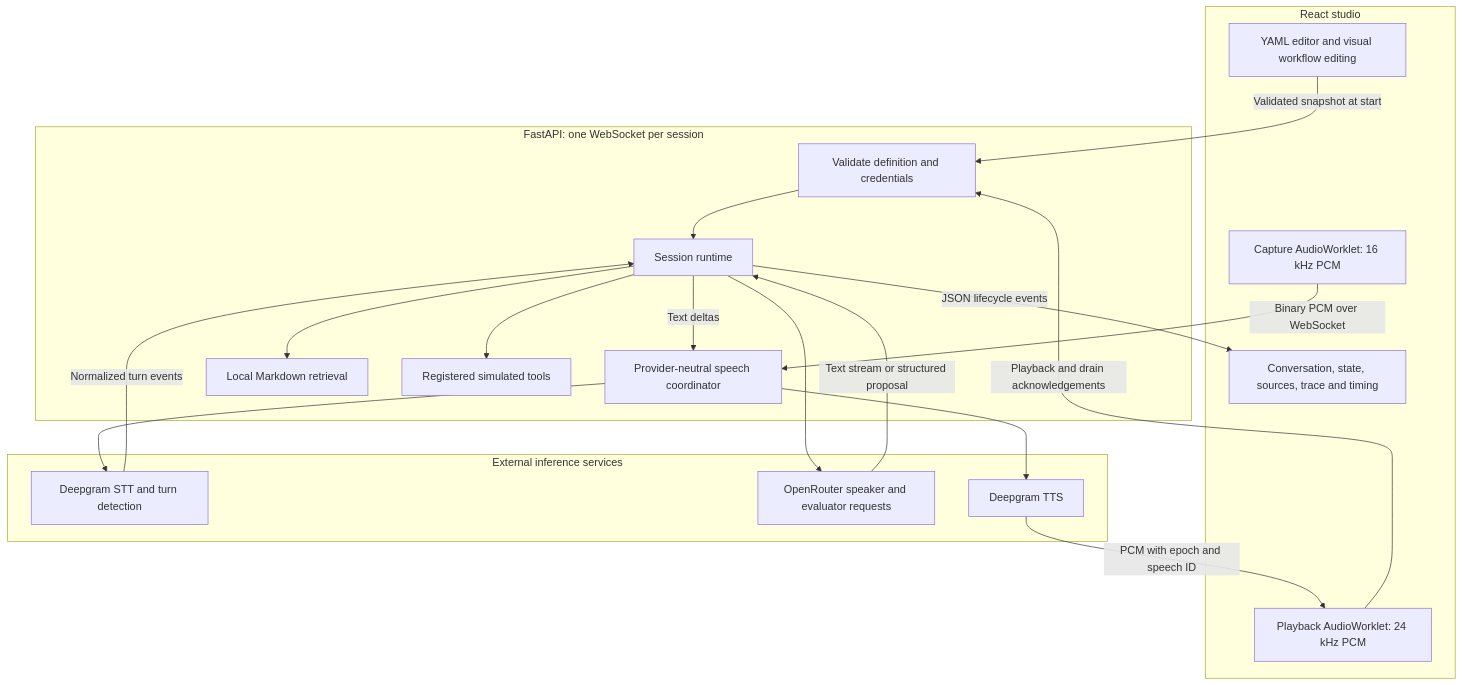
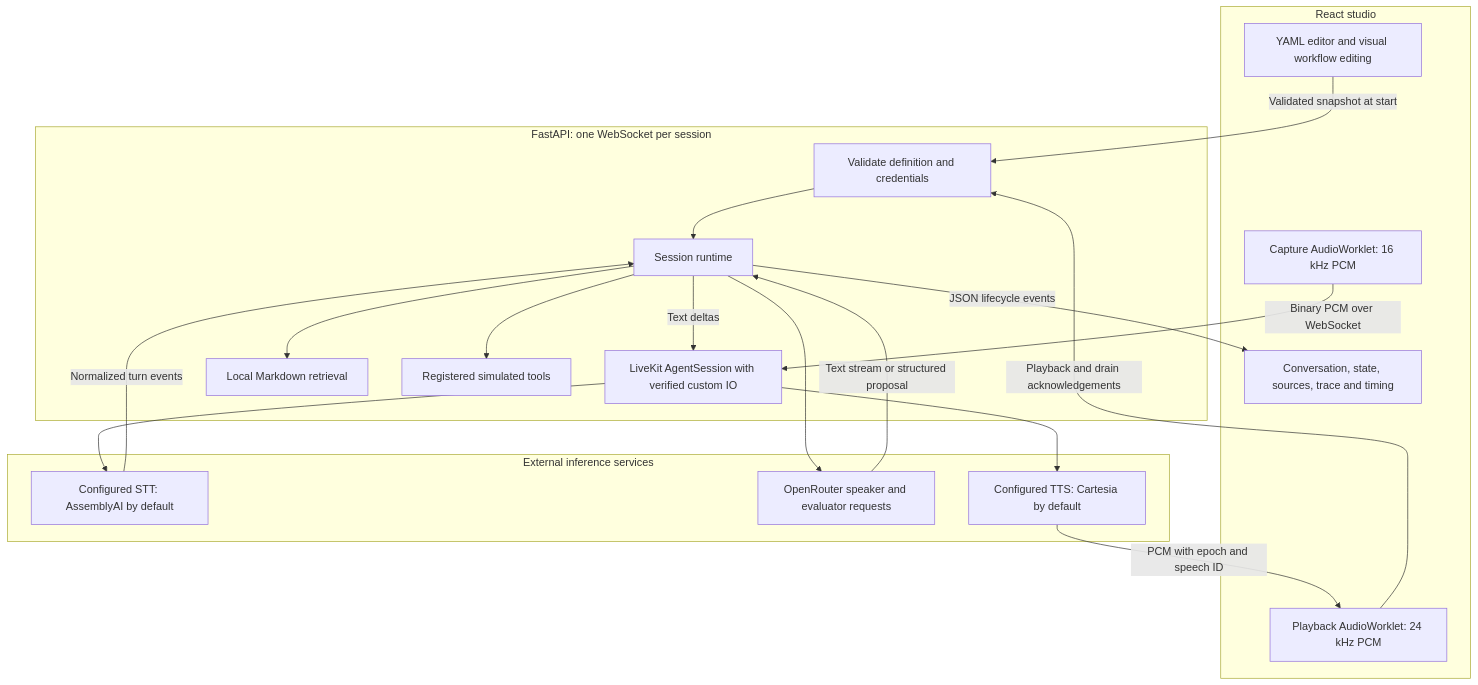
Before and after one commit to Prasad-178/libretto: the first of 2 diagrams in docs/architecture.md, drawn with Mermaid. The commit also changed other lines of this file and 7 other files, not shown here.

Commit message:
docs: explain LiveKit defaults, credentials and delivery limits

````diff
--- a/docs/architecture.md
+++ b/docs/architecture.md
@@ -19,35 +19,35 @@
 ```mermaid
 flowchart TB
     subgraph Browser[React studio]
         Definition[YAML editor and visual workflow editing]
         Capture[Capture AudioWorklet: 16 kHz PCM]
         Output[Playback AudioWorklet: 24 kHz PCM]
         Inspect[Conversation, state, sources, trace and timing]
     end
     subgraph Backend[FastAPI: one WebSocket per session]
         API[Validate definition and credentials]
-        Speech[Provider-neutral speech coordinator]
+        Speech[LiveKit AgentSession with verified custom IO]
         Runtime[Session runtime]
         Retrieval[Local Markdown retrieval]
         Tools[Registered simulated tools]
     end
     subgraph Providers[External inference services]
-        STT[Deepgram STT and turn detection]
+        STT[Configured STT: AssemblyAI by default]
         LLM[OpenRouter speaker and evaluator requests]
-        TTS[Deepgram TTS]
+        TTS[Configured TTS: Cartesia by default]
     end
     Definition -->|Validated snapshot at start| API
     Capture -->|Binary PCM over WebSocket| Speech
     Speech --> STT
     STT -->|Normalized turn events| Runtime
     Runtime --> Retrieval
     Runtime --> LLM
     LLM -->|Text stream or structured proposal| Runtime
     Runtime -->|Text deltas| Speech
     Speech --> TTS
     TTS -->|PCM with epoch and speech ID| Output
     Output -->|Playback and drain acknowledgements| API
     API --> Runtime
     Runtime --> Tools
     Runtime -->|JSON lifecycle events| Inspect
 ```
````
